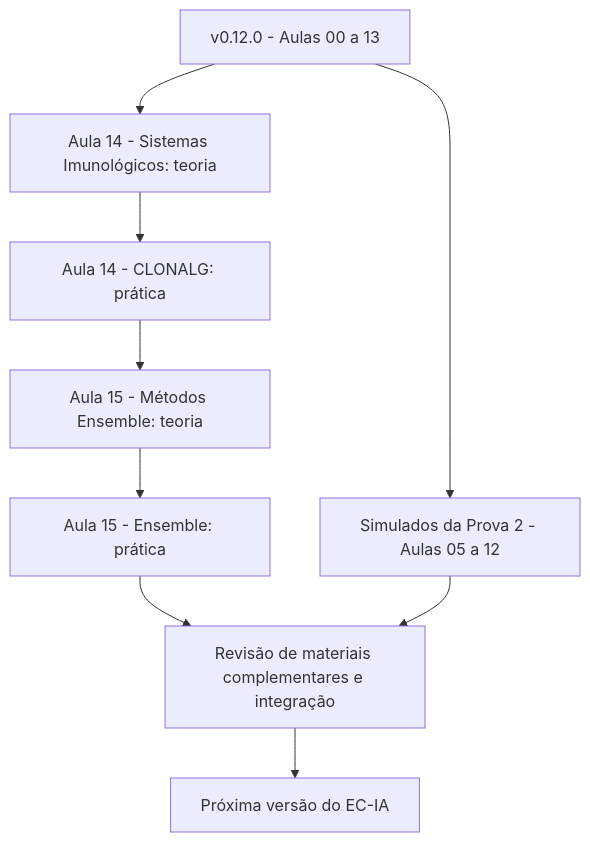
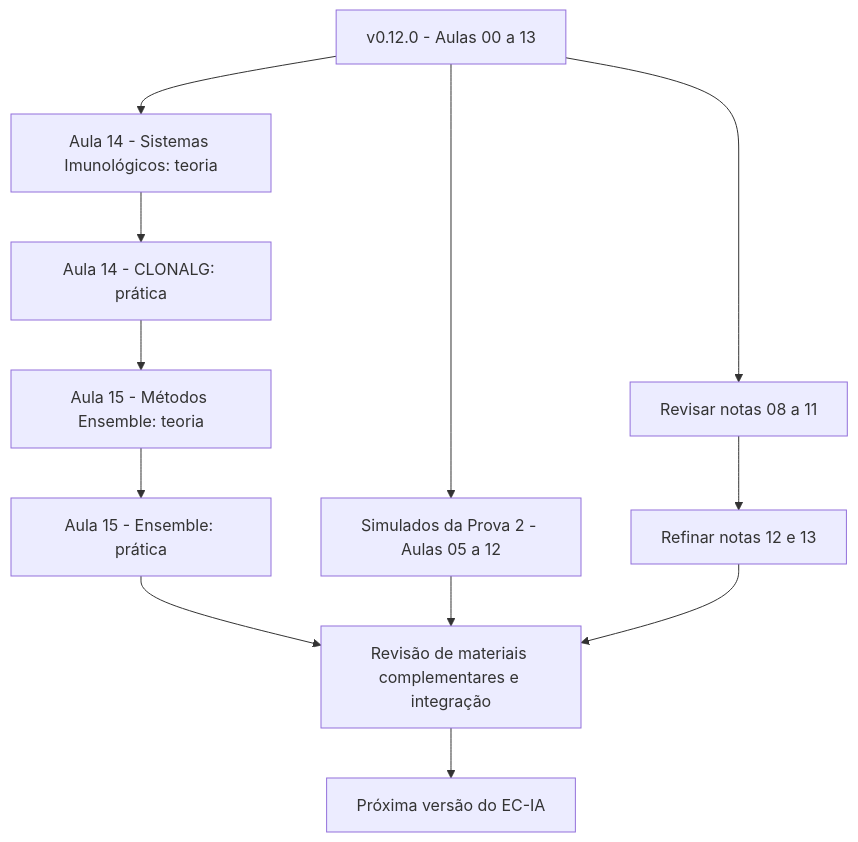
Before and after one commit to tiagofga/EC-IA: the diagram in docs/roadmap.md, drawn with Mermaid. The commit also changed other lines of this file, not shown here.

Commit message:
docs(roadmap): planeja revisao das notas visuais 08 a 13

````diff
--- a/docs/roadmap.md
+++ b/docs/roadmap.md
@@ -25,11 +38,14 @@
 ```mermaid
 flowchart TD
   A["v0.12.0 - Aulas 00 a 13"] --> B["Aula 14 - Sistemas Imunológicos: teoria"]
   B --> C["Aula 14 - CLONALG: prática"]
   C --> D["Aula 15 - Métodos Ensemble: teoria"]
   D --> E["Aula 15 - Ensemble: prática"]
   E --> F["Revisão de materiais complementares e integração"]
   F --> G["Próxima versão do EC-IA"]
   A --> H["Simulados da Prova 2 - Aulas 05 a 12"]
   H --> F
+  A --> I["Revisar notas 08 a 11"]
+  I --> J["Refinar notas 12 e 13"]
+  J --> F
 ```
````
